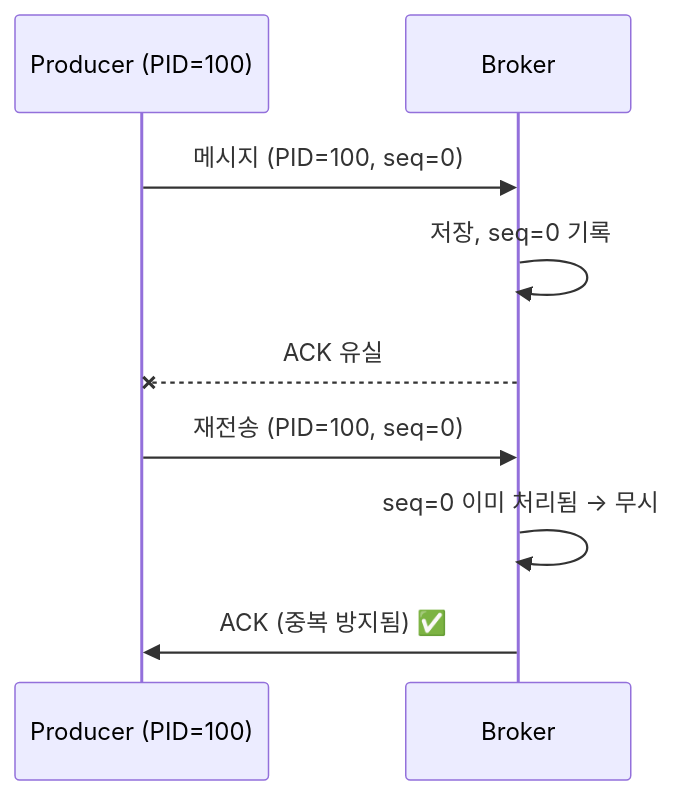
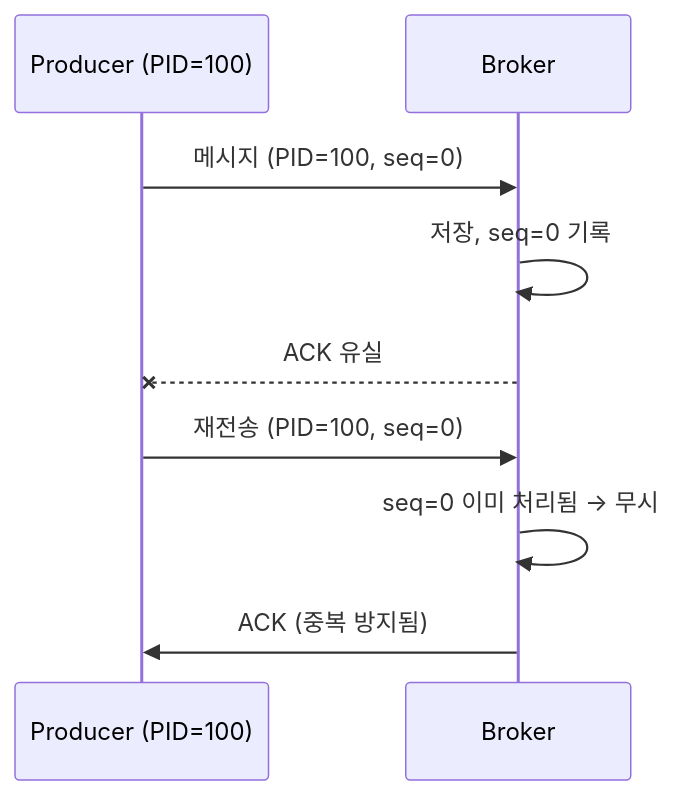
Before and after one commit to advanced-beginner/advanced-beginner.github.io: the sixth of 6 diagrams in content/ko/kafka/concepts/advanced-concepts.md, drawn with Mermaid. The commit also changed other lines of this file and 21 other files, not shown here.

````diff
--- a/content/ko/kafka/concepts/advanced-concepts.md
+++ b/content/ko/kafka/concepts/advanced-concepts.md
@@ -451,13 +261,13 @@
 ```mermaid
 sequenceDiagram
     participant P as Producer (PID=100)
     participant B as Broker
 
     P->>B: 메시지 (PID=100, seq=0)
     B->>B: 저장, seq=0 기록
     B--xP: ACK 유실
 
     P->>B: 재전송 (PID=100, seq=0)
     B->>B: seq=0 이미 처리됨 → 무시
-    B->>P: ACK (중복 방지됨) ✅
+    B->>P: ACK (중복 방지됨)
 ```
````
